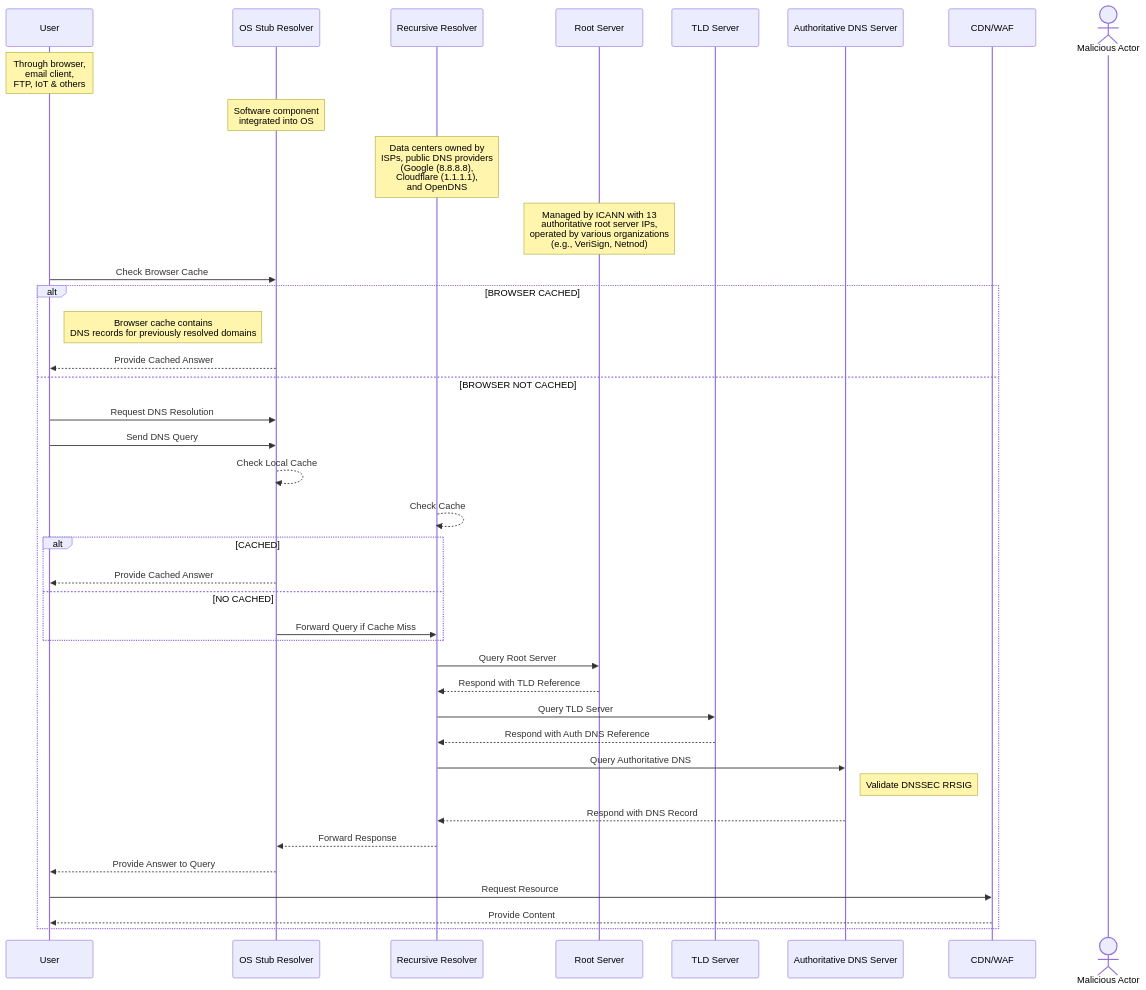
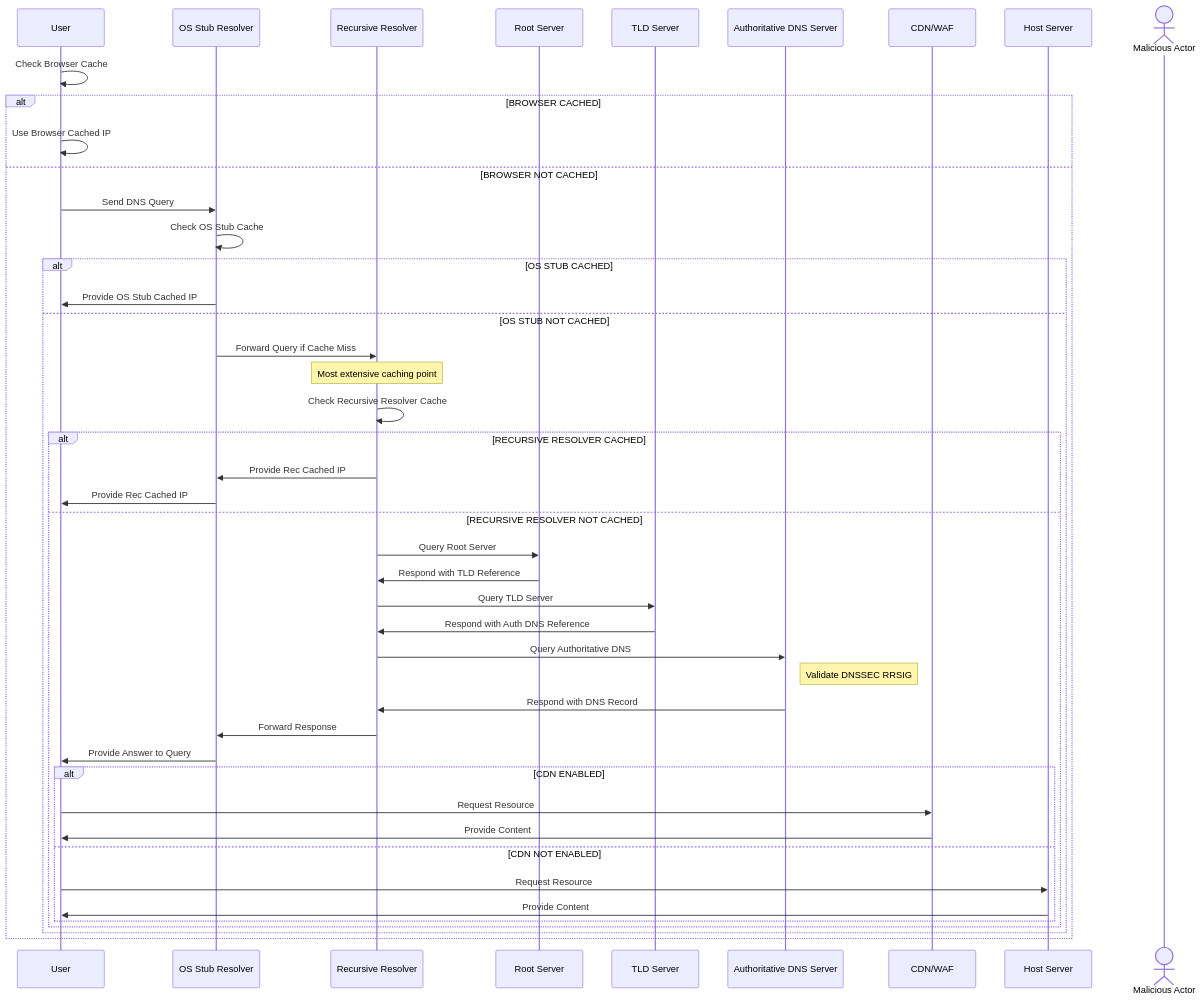
One commit to lucianosarno/cybersec-dnssec changed the diagram in technical_version.mmd. Above: the diagram before and after it, drawn with Mermaid.

Commit message:
Normal process almost finished

```diff
--- a/technical_version.mmd
+++ b/technical_version.mmd
@@ -1,43 +1,51 @@
 sequenceDiagram
   participant User as User
   participant Stub as OS Stub Resolver
   participant Rec as Recursive Resolver
   participant Root as Root Server
   participant TLD as TLD Server
   participant Auth as Authoritative DNS Server
   participant CDN as CDN/WAF
+  participant Host as Host Server
   actor MA as Malicious Actor
 
-  Note over User: Through browser,<br>email client,<br>FTP, IoT & others
-  Note over Stub: Software component<br>integrated into OS
-  Note over Rec: Data centers owned by<br>ISPs, public DNS providers<br>(Google (8.8.8.8),<br>Cloudflare (1.1.1.1),<br>and OpenDNS
-  Note over Root: Managed by ICANN with 13<br>authoritative root server IPs,<br>operated by various organizations<br>(e.g., VeriSign, Netnod)
+%%  Note over User: Through browser,<br>email client,<br>FTP, IoT & others
+%%  Note over Stub: Software component<br>integrated into OS
+%%  Note over Rec: Data centers owned by<br>ISPs, public DNS providers<br>(Google (8.8.8.8),<br>Cloudflare (1.1.1.1),<br>and OpenDNS
+%%  Note over Root: Managed by ICANN with 13<br>authoritative root server IPs,<br>operated by various organizations<br>(e.g., VeriSign, Netnod)
 
-  User->>Stub: Check Browser Cache
-
+  User->>User: Check Browser Cache
   alt BROWSER CACHED
-    Note right of User: Browser cache contains<br>DNS records for previously resolved domains
-    Stub-->>User: Provide Cached Answer
+    User->>User: Use Browser Cached IP
   else BROWSER NOT CACHED
-    User->>Stub: Request DNS Resolution
-  User->>Stub: Send DNS Query
-  Stub-->>Stub: Check Local Cache
-  Rec-->>Rec: Check Cache
-  alt CACHED
-    Stub-->>User: Provide Cached Answer
-  else NO CACHED
-    Stub->>Rec: Forward Query if Cache Miss
+    User->>Stub: Send DNS Query
+    Stub->>Stub: Check OS Stub Cache
+    alt OS STUB CACHED
+      Stub->>User: Provide OS Stub Cached IP
+    else OS STUB NOT CACHED
+      Stub->>Rec: Forward Query if Cache Miss
+      Note over Rec: Most extensive caching point
+      Rec->>Rec: Check Recursive Resolver Cache
+      alt RECURSIVE RESOLVER CACHED
+        Rec->>Stub: Provide Rec Cached IP
+        Stub->>User: Provide Rec Cached IP
+      else RECURSIVE RESOLVER NOT CACHED
+        Rec->>Root: Query Root Server
+        Root->>Rec: Respond with TLD Reference
+        Rec->>TLD: Query TLD Server
+        TLD->>Rec: Respond with Auth DNS Reference
+        Rec->>Auth: Query Authoritative DNS
+        Note right of Auth: Validate DNSSEC RRSIG
+        Auth->>Rec: Respond with DNS Record
+        Rec->>Stub: Forward Response
+        Stub->>User: Provide Answer to Query
+        alt CDN ENABLED
+          User->>CDN: Request Resource
+          CDN->>User: Provide Content
+        else CDN NOT ENABLED
+          User->>Host: Request Resource
+          Host->>User: Provide Content
+        end
+    end
   end
-  
-  Rec->>Root: Query Root Server
-  Root-->>Rec: Respond with TLD Reference
-  Rec->>TLD: Query TLD Server
-  TLD-->>Rec: Respond with Auth DNS Reference
-  Rec->>Auth: Query Authoritative DNS
-  Note right of Auth: Validate DNSSEC RRSIG
-  Auth-->>Rec: Respond with DNS Record
-  Rec-->>Stub: Forward Response
-  Stub-->>User: Provide Answer to Query
-  User->>CDN: Request Resource
-  CDN-->>User: Provide Content
 end
```
